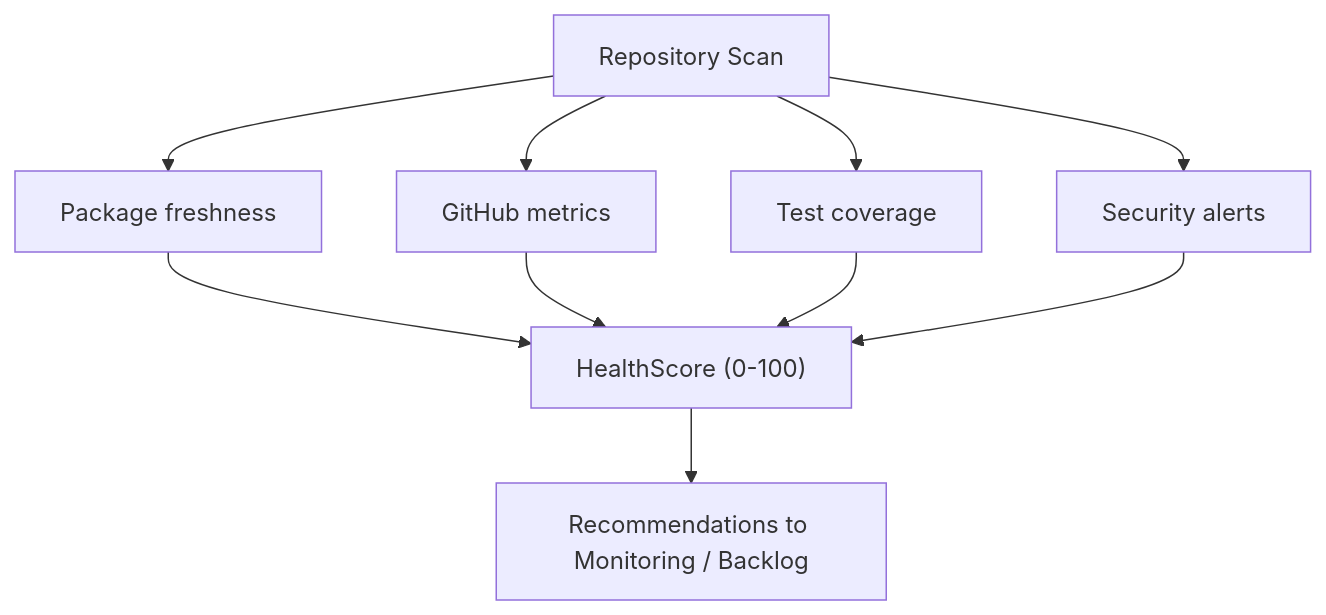
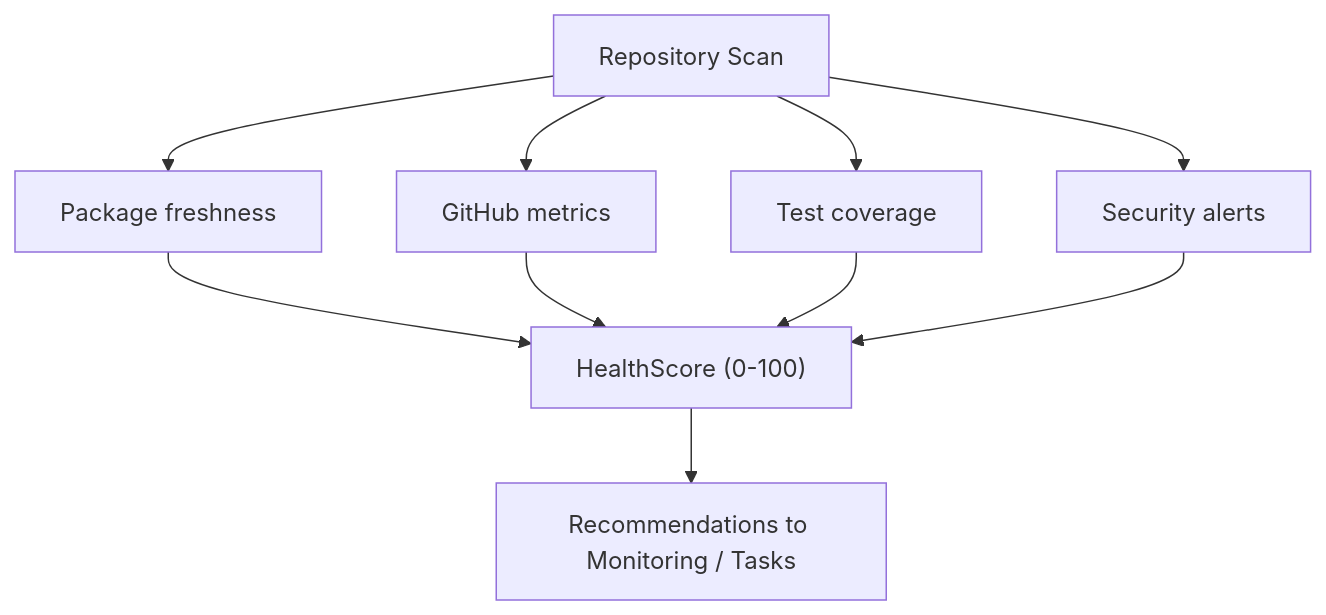
One commit to JSdotNet/Backlog changed the diagram in .domain/repository-management/flow.md. Above: the diagram before and after it, drawn with Mermaid. The commit also changed 364 other files, not shown here.

````diff
--- a/.domain/repository-management/flow.md
+++ b/.domain/repository-management/flow.md
@@ -15,12 +15,12 @@
 ```mermaid
 flowchart TD
     Scan["Repository Scan"] --> Packages["Package freshness"]
     Scan --> GitHub["GitHub metrics"]
     Scan --> Coverage["Test coverage"]
     Scan --> Security["Security alerts"]
     Packages --> Score["HealthScore (0-100)"]
     GitHub --> Score
     Coverage --> Score
     Security --> Score
-    Score --> Action["Recommendations to Monitoring / Backlog"]
+    Score --> Action["Recommendations to Monitoring / Tasks"]
 ```
````
